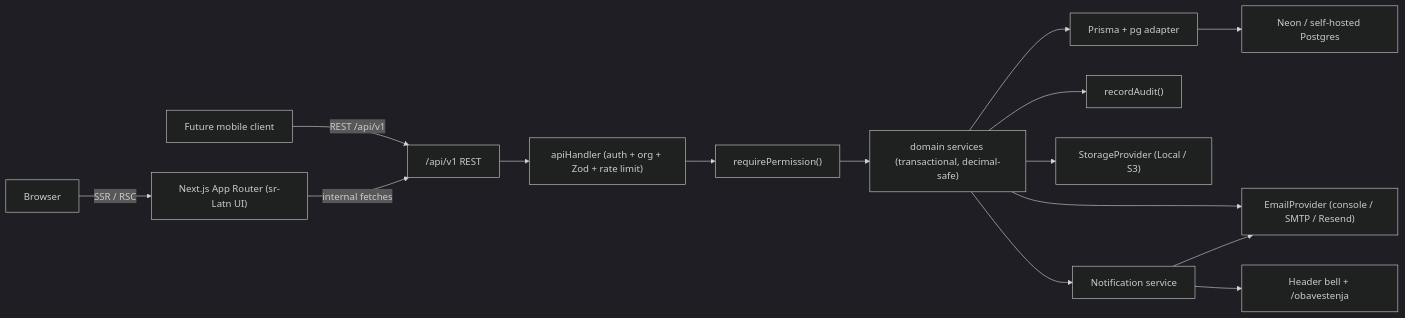
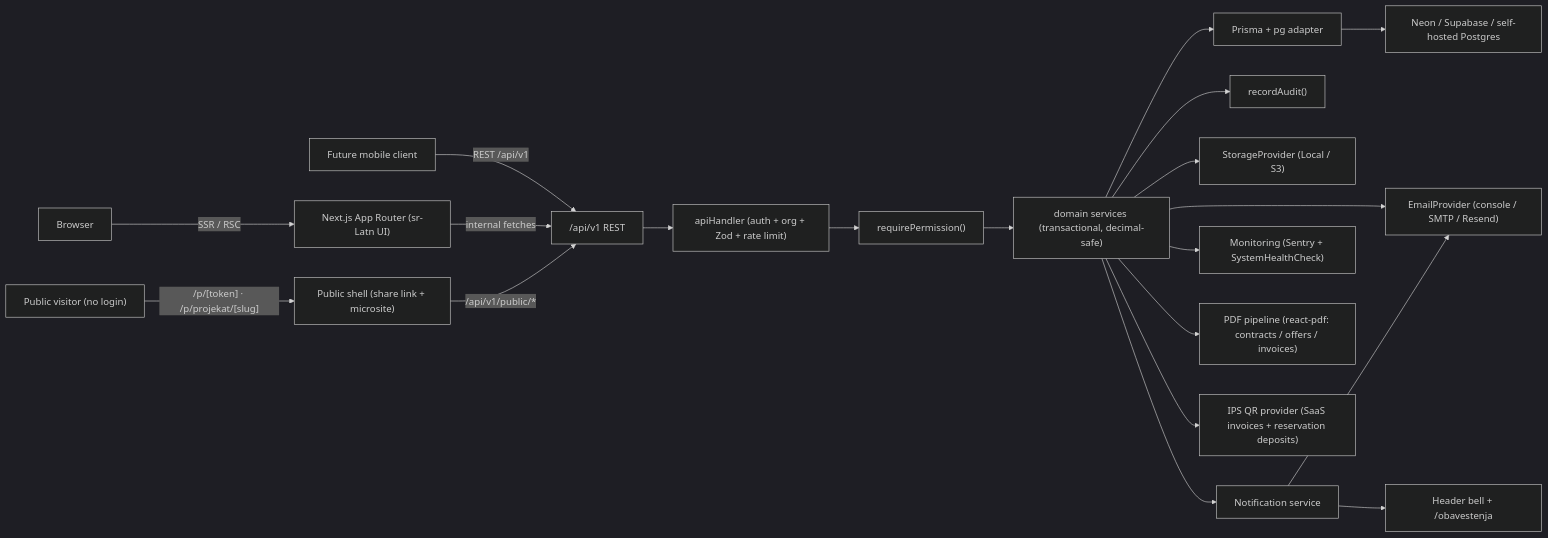
Before and after one commit to craftedpixelrs/propertydesk: the diagram in docs/architecture.md, drawn with Mermaid (dark theme). The commit also changed other lines of this file and 14 other files, not shown here.

````diff
--- a/docs/architecture.md
+++ b/docs/architecture.md
@@ -11,17 +11,22 @@
 ```mermaid
 flowchart LR
   Browser -->|SSR / RSC| AppShell["Next.js App Router (sr-Latn UI)"]
+  Public["Public visitor (no login)"] -->|"/p/[token] · /p/projekat/[slug]"| PublicApp["Public shell (share link + microsite)"]
   MobileFuture["Future mobile client"] -->|REST /api/v1| ApiV1
   AppShell -->|internal fetches| ApiV1["/api/v1 REST"]
+  PublicApp -->|"/api/v1/public/*"| ApiV1
   ApiV1 --> Handler["apiHandler (auth + org + Zod + rate limit)"]
   Handler --> Perm["requirePermission()"]
   Perm --> Service["domain services (transactional, decimal-safe)"]
   Service --> Prisma["Prisma + pg adapter"]
-  Prisma --> Postgres["Neon / self-hosted Postgres"]
+  Prisma --> Postgres["Neon / Supabase / self-hosted Postgres"]
   Service --> Audit["recordAudit()"]
   Service --> Storage["StorageProvider (Local / S3)"]
   Service --> Email["EmailProvider (console / SMTP / Resend)"]
   Service --> Notify["Notification service"]
+  Service --> Monitor["Monitoring (Sentry + SystemHealthCheck)"]
+  Service --> Pdf["PDF pipeline (react-pdf: contracts / offers / invoices)"]
+  Service --> IpsQr["IPS QR provider (SaaS invoices + reservation deposits)"]
   Notify --> Bell["Header bell + /obavestenja"]
   Notify --> Email
 ```
````
